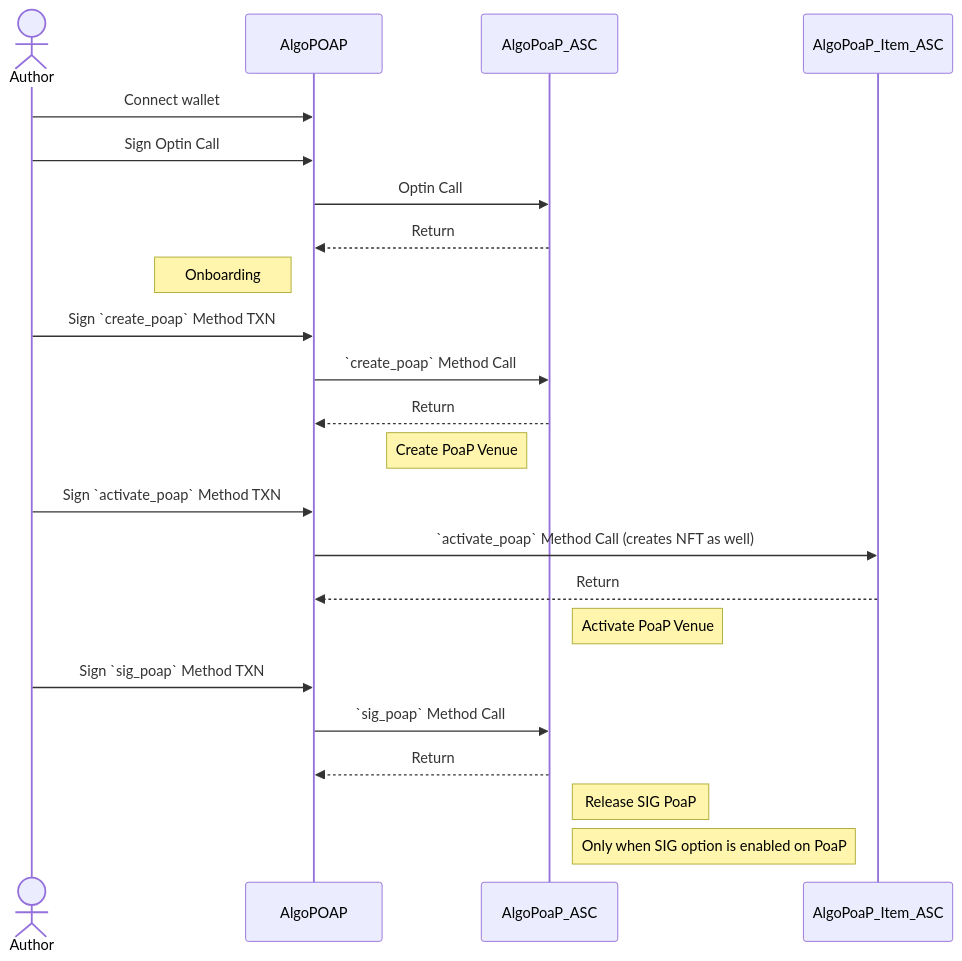
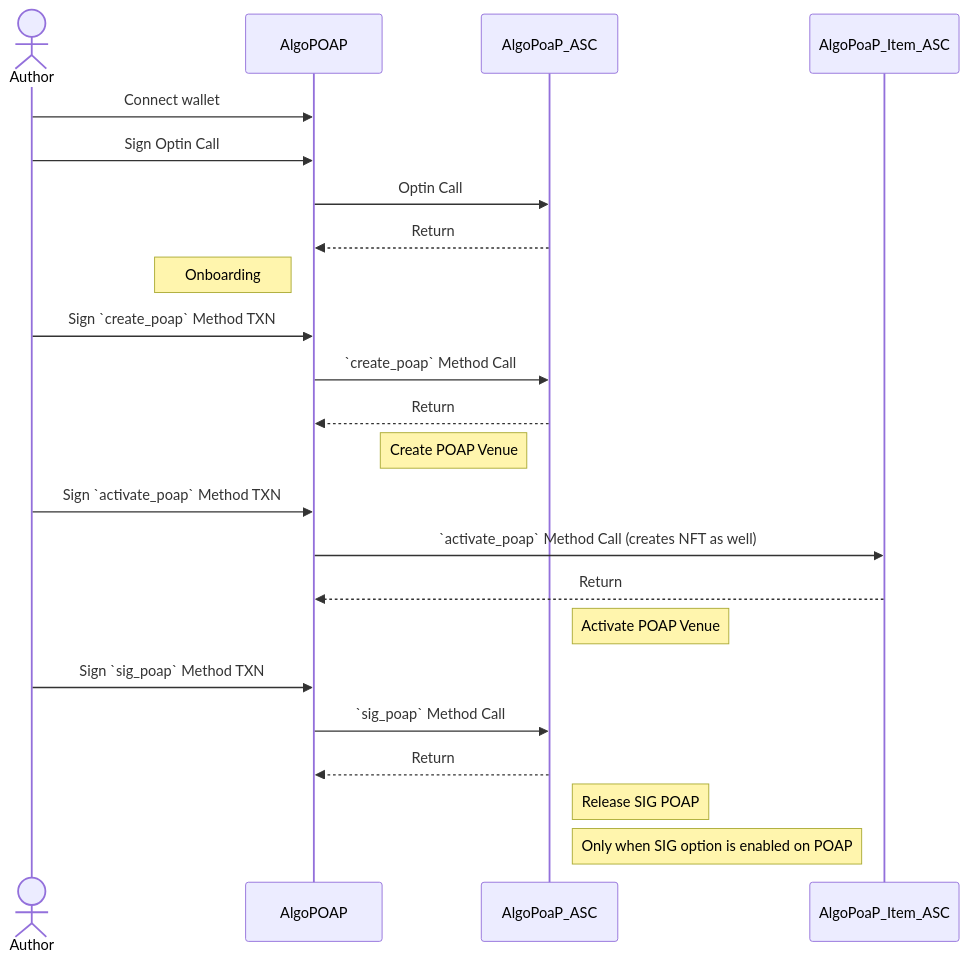
One commit to GoPlausible/.github changed the second of 8 diagrams in profile/README.md. Above: the diagram before and after it, drawn with Mermaid. The commit also changed other lines of this file, not shown here.

````diff
--- a/profile/README.md
+++ b/profile/README.md
@@ -198,28 +198,28 @@
 ```mermaid
 sequenceDiagram 
 actor Author
 participant AlgoPOAP
 participant AlgoPoaP_ASC
 participant AlgoPoaP_Item_ASC
 Author ->> AlgoPOAP: Connect wallet
 Author ->> AlgoPOAP: Sign Optin Call
 AlgoPOAP ->> AlgoPoaP_ASC: Optin Call
 AlgoPoaP_ASC -->> AlgoPOAP: Return
 Note left of AlgoPOAP: Onboarding
 Author ->> AlgoPOAP: Sign `create_poap` Method TXN
 AlgoPOAP ->> AlgoPoaP_ASC:  `create_poap` Method Call
 AlgoPoaP_ASC -->> AlgoPOAP: Return
-Note left of AlgoPoaP_ASC: Create PoaP Venue
+Note left of AlgoPoaP_ASC: Create POAP Venue
 Author ->> AlgoPOAP: Sign `activate_poap` Method TXN
 AlgoPOAP ->> AlgoPoaP_Item_ASC: `activate_poap` Method Call (creates NFT as well)
 AlgoPoaP_Item_ASC -->> AlgoPOAP: Return
-Note right of AlgoPoaP_ASC: Activate PoaP Venue
+Note right of AlgoPoaP_ASC: Activate POAP Venue
 Author ->> AlgoPOAP: Sign `sig_poap` Method TXN
 AlgoPOAP ->> AlgoPoaP_ASC: `sig_poap` Method Call 
 AlgoPoaP_ASC -->> AlgoPOAP: Return
-Note right of AlgoPoaP_ASC: Release SIG PoaP
-Note right of AlgoPoaP_ASC: Only when SIG option is enabled on PoaP
+Note right of AlgoPoaP_ASC: Release SIG POAP
+Note right of AlgoPoaP_ASC: Only when SIG option is enabled on POAP
 
 
 
 ```
````
